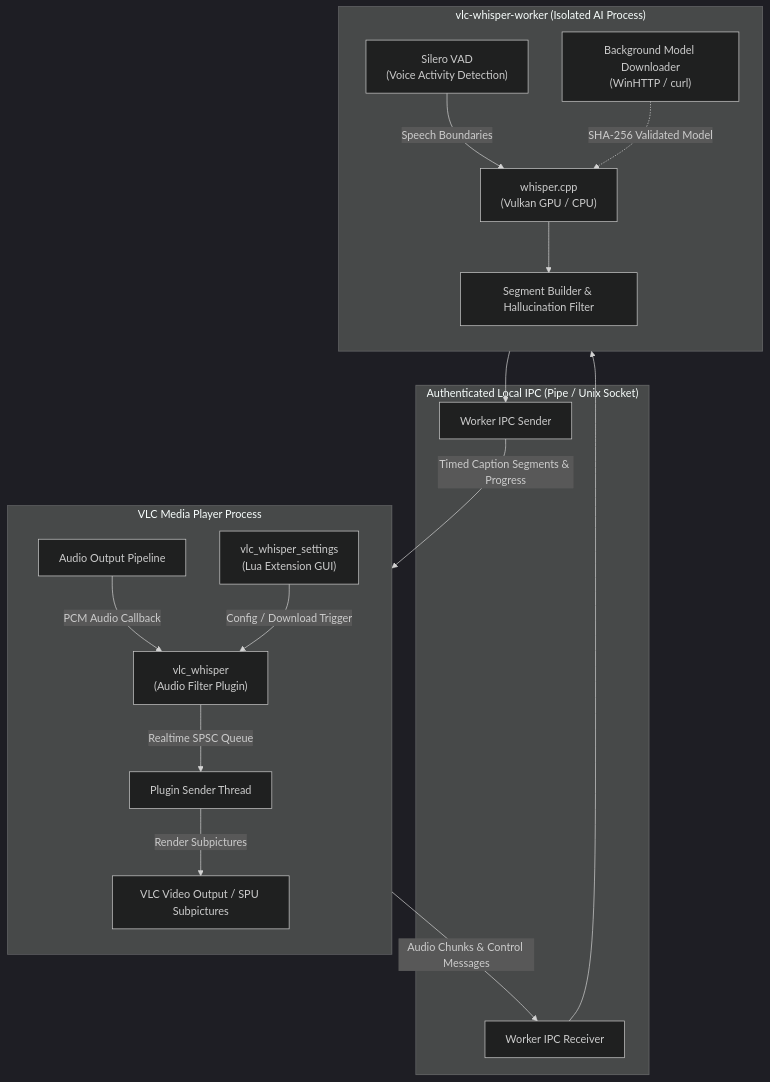
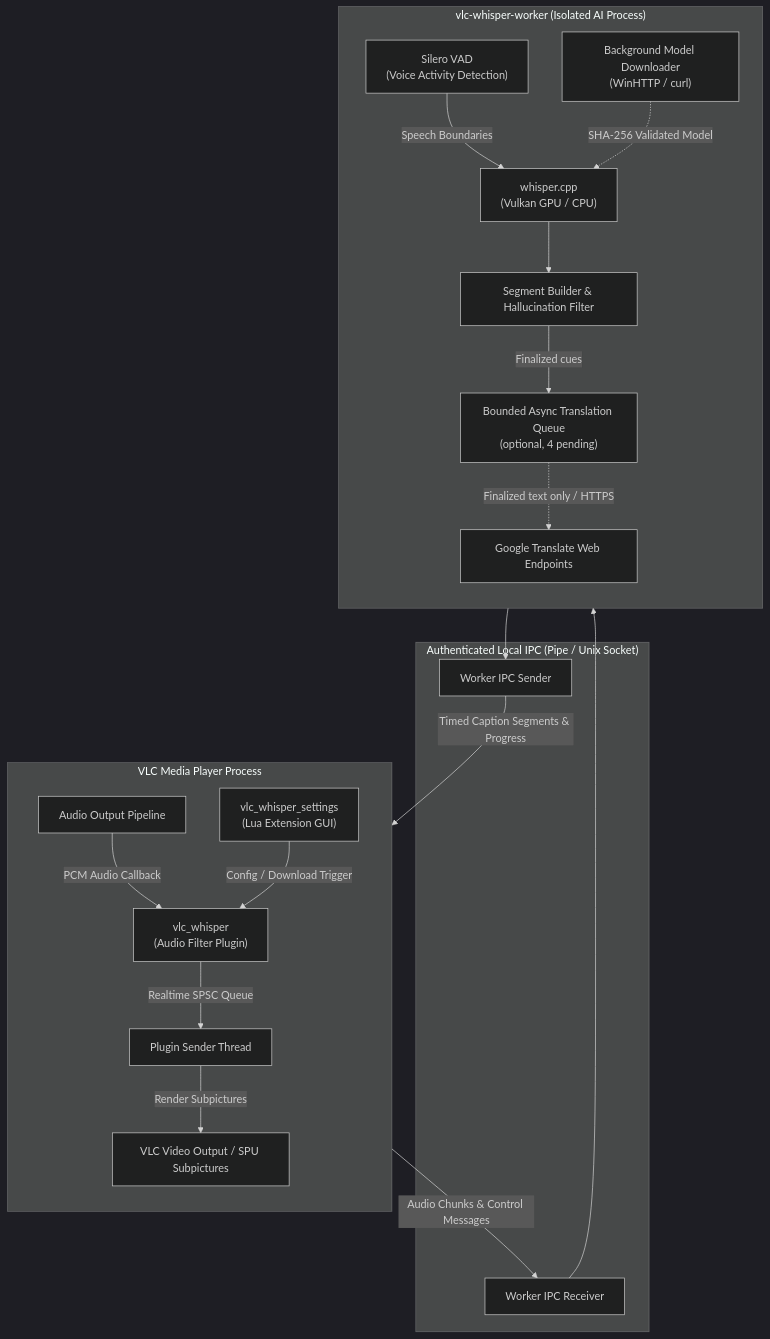
The diagram in README.md (rzv04/vlc-whisper), drawn with Mermaid (dark theme) before and after one commit. The commit also changed other lines of this file, not shown here.

Commit message:
docs(readme): clarify opt-in translation privacy boundary

````diff
--- a/README.md
+++ b/README.md
@@ -119,24 +119,26 @@
 ```mermaid
 flowchart TB
     subgraph VLC["VLC Media Player Process"]
         direction TB
         AOUT["Audio Output Pipeline"] -->|"PCM Audio Callback"| PLUGIN["vlc_whisper<br/>(Audio Filter Plugin)"]
         GUI["vlc_whisper_settings<br/>(Lua Extension GUI)"] -->|"Config / Download Trigger"| PLUGIN
         PLUGIN -->|"Realtime SPSC Queue"| SENDER["Plugin Sender Thread"]
         SENDER -->|"Render Subpictures"| SPU["VLC Video Output / SPU Subpictures"]
     end
 
     subgraph IPC["Authenticated Local IPC (Pipe / Unix Socket)"]
         SENDER -->|"Audio Chunks & Control Messages"| WORKER_IN
         WORKER_OUT -->|"Timed Caption Segments & Progress"| SENDER
     end
 
     subgraph WORKER["vlc-whisper-worker (Isolated AI Process)"]
         direction TB
         WORKER_IN["Worker IPC Receiver"] --> VAD["Silero VAD<br/>(Voice Activity Detection)"]
         VAD -->|"Speech Boundaries"| ENGINE["whisper.cpp<br/>(Vulkan GPU / CPU)"]
         ENGINE --> BUILDER["Segment Builder & Hallucination Filter"]
-        BUILDER --> WORKER_OUT["Worker IPC Sender"]
-        HTTP["Background Model Downloader<br/>(WinHTTP / curl)"] -.->|"SHA-256 Validated Model"| ENGINE
+        BUILDER -->|"Finalized cues"| TRANS["Bounded Async Translation Queue<br/>(optional, 4 pending)"]
+        TRANS --> WORKER_OUT["Worker IPC Sender"]
+        DOWNLOADER["Background Model Downloader<br/>(WinHTTP / curl)"] -.->|"SHA-256 Validated Model"| ENGINE
+        TRANS -.->|"Finalized text only / HTTPS"| GOOGLE["Google Translate Web Endpoints"]
     end
 ```
````
